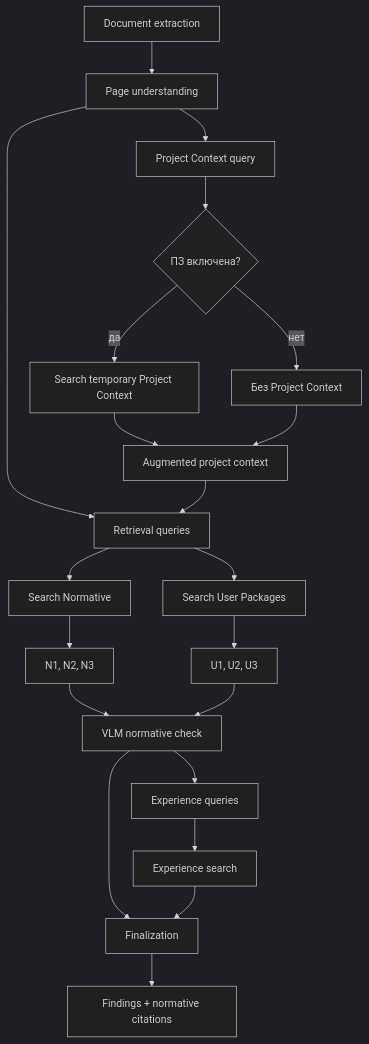
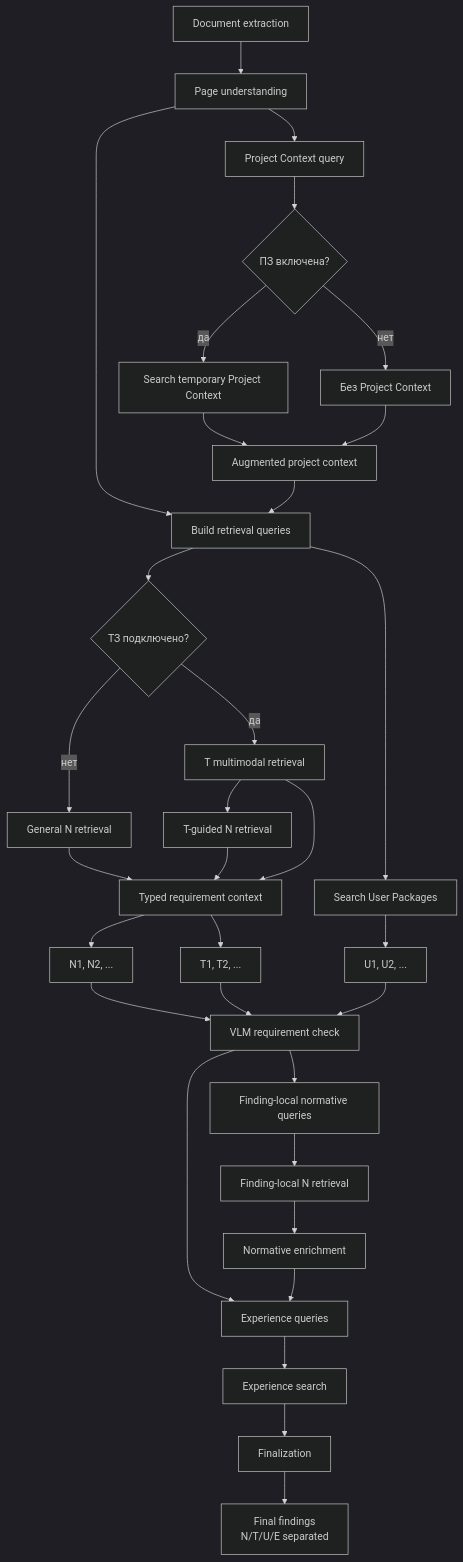
The fourth of 10 diagrams in README.md (Amadu-A/PDRD-validation), drawn with Mermaid (dark theme) before and after one commit. The commit also changed other lines of this file and 7 other files, not shown here.

````diff
--- a/README.md
+++ b/README.md
@@ -178,30 +228,43 @@
 ```mermaid
 flowchart TD
     DOC["Document extraction"] --> FACTS["Page understanding"]
 
     FACTS --> PZQ["Project Context query"]
     PZQ --> PZ{"ПЗ включена?"}
     PZ -->|да| PZS["Search temporary Project Context"]
     PZ -->|нет| EMPTY["Без Project Context"]
     PZS --> AUG["Augmented project context"]
     EMPTY --> AUG
 
-    FACTS --> Q["Retrieval queries"]
+    FACTS --> Q["Build retrieval queries"]
     AUG --> Q
 
-    Q --> NS["Search Normative"]
+    Q --> REQ{"ТЗ подключено?"}
+    REQ -->|нет| NS["General N retrieval"]
+    REQ -->|да| TS["T multimodal retrieval"]
+    TS --> TN["T-guided N retrieval"]
+    NS --> MERGE["Typed requirement context"]
+    TN --> MERGE
+    TS --> MERGE
+
     Q --> US["Search User Packages"]
 
-    NS --> NCTX["N1, N2, N3"]
-    US --> UCTX["U1, U2, U3"]
+    MERGE --> NCTX["N1, N2, ..."]
+    MERGE --> TCTX["T1, T2, ..."]
+    US --> UCTX["U1, U2, ..."]
 
-    NCTX --> CHECK["VLM normative check"]
+    NCTX --> CHECK["VLM requirement check"]
+    TCTX --> CHECK
     UCTX --> CHECK
 
+    CHECK --> FQ["Finding-local normative queries"]
+    FQ --> FN["Finding-local N retrieval"]
+    FN --> FINALCTX["Normative enrichment"]
+
     CHECK --> EQ["Experience queries"]
+    FINALCTX --> EQ
     EQ --> ES["Experience search"]
 
-    CHECK --> FINAL["Finalization"]
-    ES --> FINAL
-    FINAL --> RESULT["Findings + normative citations"]
+    ES --> FINAL["Finalization"]
+    FINAL --> RESULT["Final findings\nN/T/U/E separated"]
 ```
````
